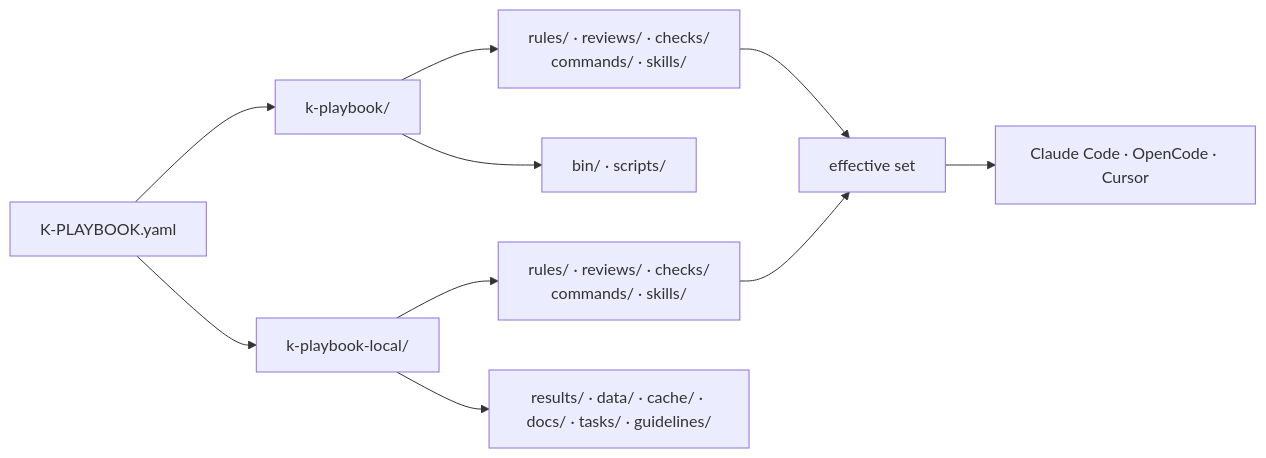
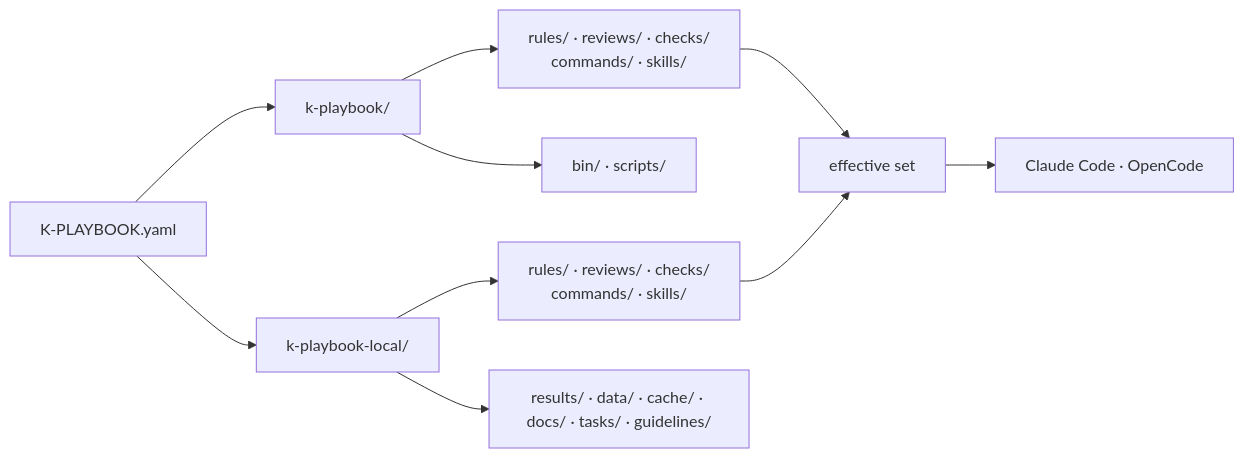
Before and after one commit to kascada/k-playbook: the first of 3 diagrams in docs/manual.md, drawn with Mermaid. The commit also changed other lines of this file and 112 other files, not shown here.

````diff
--- a/docs/manual.md
+++ b/docs/manual.md
@@ -41,16 +41,16 @@
 ```mermaid
 flowchart LR
     Anchor["K-PLAYBOOK.yaml"] --> Playbook["k-playbook/"]
     Anchor --> Local["k-playbook-local/"]
 
     Playbook --> Base["rules/ · reviews/ · checks/<br>commands/ · skills/"]
     Playbook --> Tool["bin/ · scripts/"]
 
     Local --> Overlay["rules/ · reviews/ · checks/<br>commands/ · skills/"]
     Local --> Artifacts["results/ · data/ · cache/ · docs/ · tasks/ · guidelines/"]
 
     Base --> Effective["effective set"]
     Overlay --> Effective
 
-    Effective --> Assistant["Claude Code · OpenCode · Cursor"]
+    Effective --> Assistant["Claude Code · OpenCode"]
 ```
````
